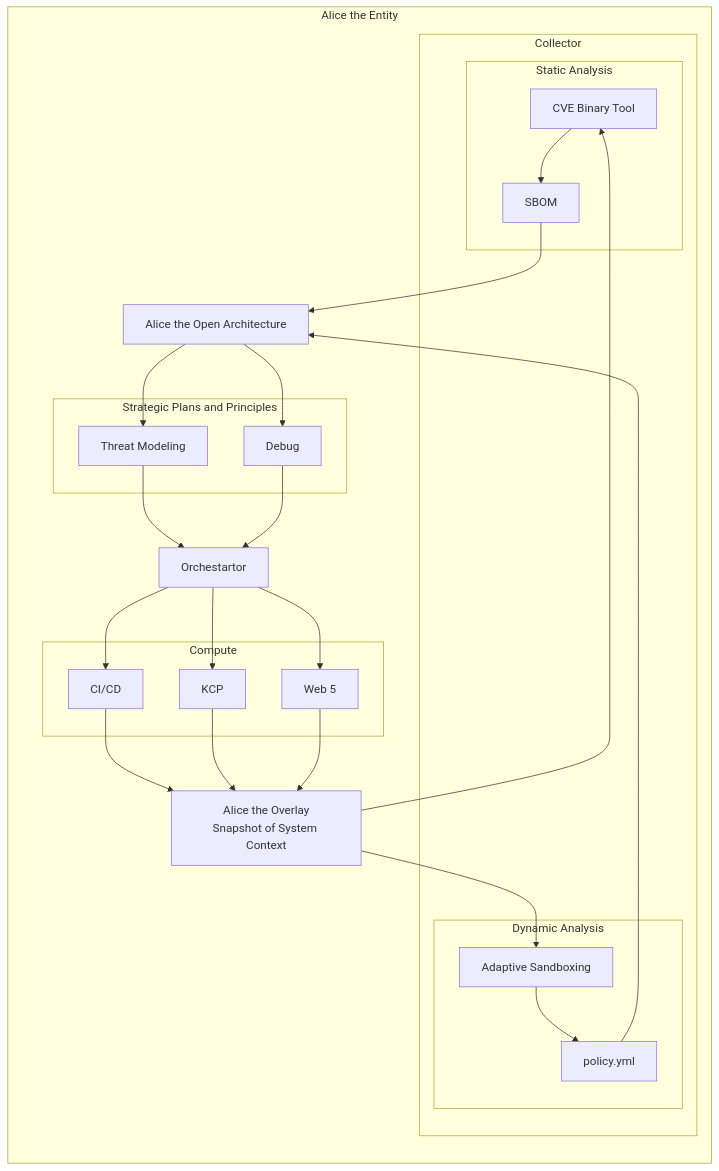
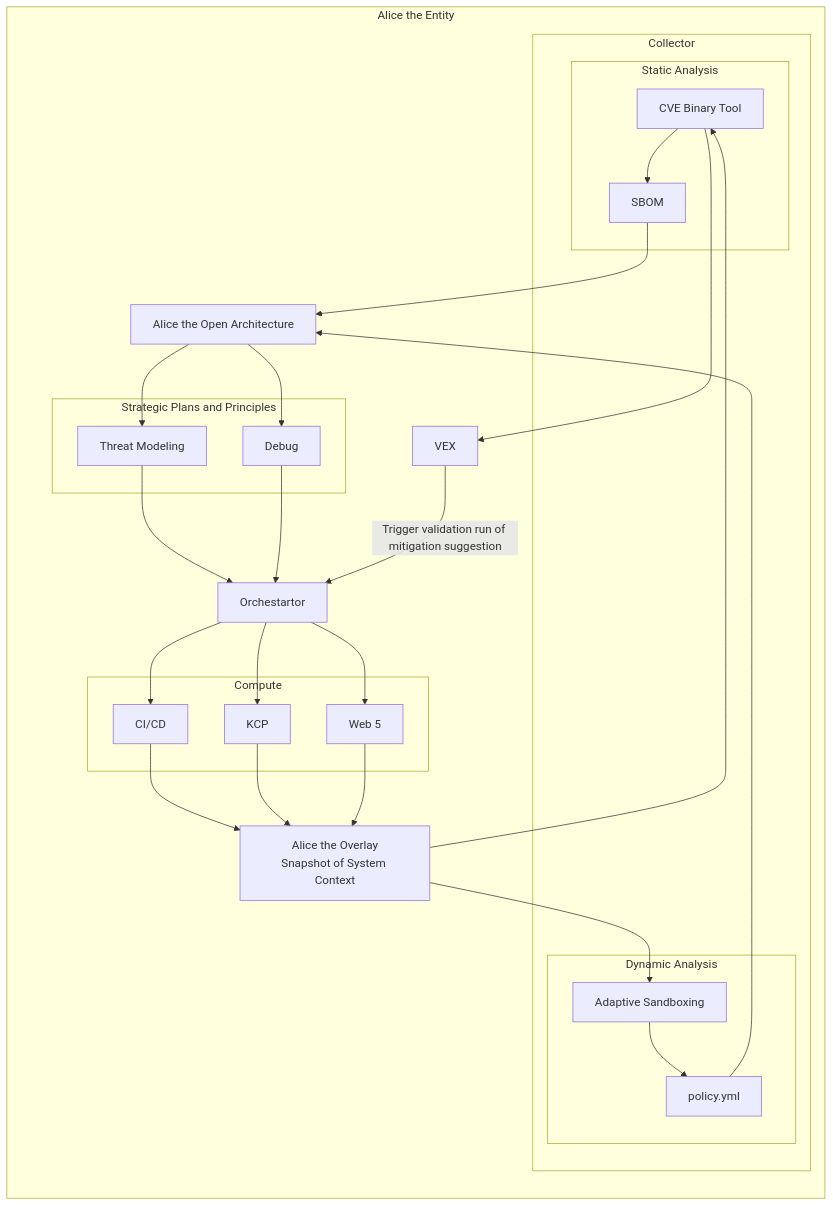
One commit to intel/dffml changed the diagram in docs/tutorials/rolling_alice/0000_architecting_alice/README.md. Above: the diagram before and after it, drawn with Mermaid.

Commit message:
docs: tutorials: rolling alice: architecting alice: introduction and context: Add VEX

````diff
--- a/docs/tutorials/rolling_alice/0000_architecting_alice/README.md
+++ b/docs/tutorials/rolling_alice/0000_architecting_alice/README.md
@@ -38,49 +38,50 @@
 ```mermaid
 graph BT
     subgraph Alice[Alice the Entity]
         subgraph compute[Compute]
         Web5[Web 5]
         KCP
         CI_CD[CI/CD]
         end
         subgraph soul[Strategic Plans and Principles]
         Threat_Modeling[Threat Modeling]
         Debug
         end
         subgraph collector[Collector]
         subgraph dynamic_analysis[Dynamic Analysis]
             policy[policy.yml]
             sandbox_policy_generator[Adaptive Sandboxing]
         end
         subgraph static_analysis[Static Analysis]
             cve_bin_tool[CVE Binary Tool]
             SBOM
         end
         end
         Open_Architecture
         Open_Architecture[Alice the Open Architecture]
         snapshot_system_context[Alice the Overlay<br>Snapshot of System Context]
         orchestartor[Orchestartor]
 
 
         Open_Architecture --> Threat_Modeling
         Open_Architecture --> Debug
 
         Threat_Modeling --> orchestartor
         Debug --> orchestartor
 
         orchestartor --> KCP
         orchestartor --> Web5
         orchestartor --> CI_CD
 
         CI_CD --> snapshot_system_context
         KCP --> snapshot_system_context
         Web5 --> snapshot_system_context
 
         snapshot_system_context --> sandbox_policy_generator
         snapshot_system_context --> cve_bin_tool
 
         sandbox_policy_generator --> policy --> Open_Architecture
         cve_bin_tool --> SBOM --> Open_Architecture
+        cve_bin_tool --> VEX -->|Trigger validation run of mitigation suggestion| orchestartor
     end
 ```
````
